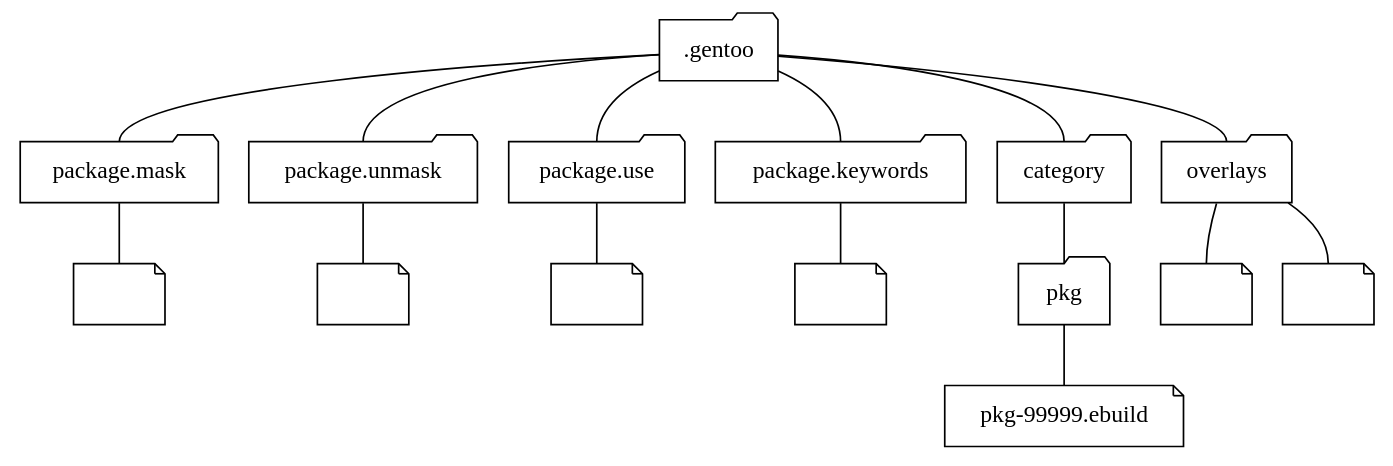
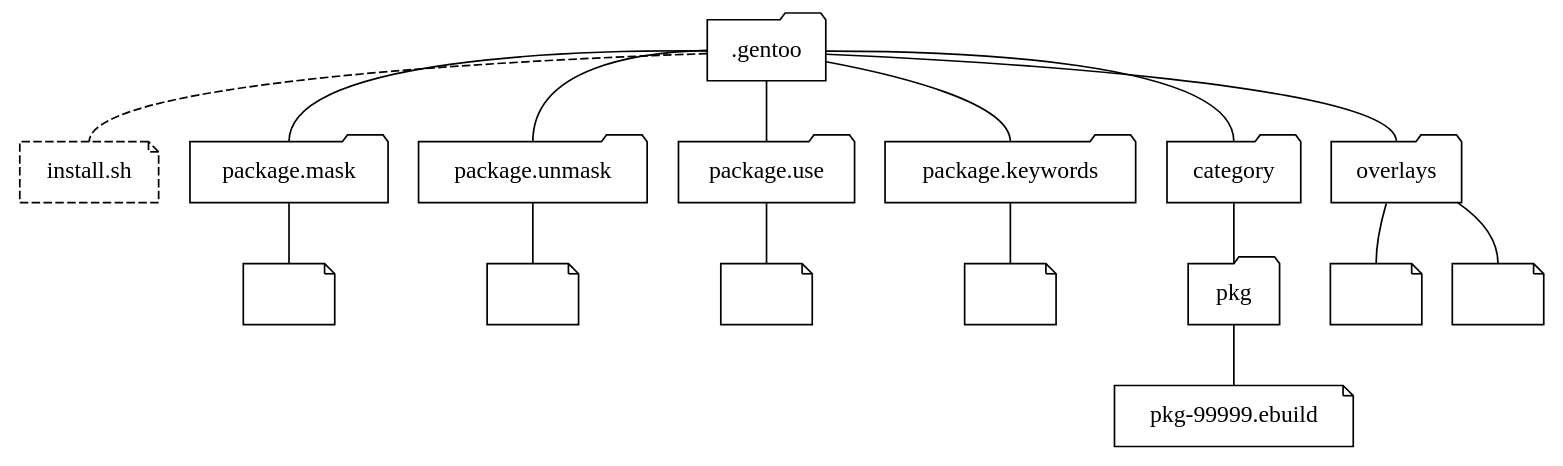
One commit to IBT-FMI/NeuroGentooProject changed the diagram in doc/graph/DotGentoo.dot. Above: the diagram before and after it, drawn with Graphviz. The commit also changed 4 other files, not shown here.

```diff
--- a/doc/graph/DotGentoo.dot
+++ b/doc/graph/DotGentoo.dot
@@ -1,35 +1,37 @@
 graph{
 	//splines=ortho; //Does not work with (compass-) ports
 	
 	node[shape="folder"];
 	dotgentoo[label=".gentoo"];
+	install[shape="note", label="install.sh", style="dashed"];
 	package_mask[label="package.mask"];
 	package_unmask[label="package.unmask"];
 	package_use[label="package.use"];
 	package_keywords[label="package.keywords"];
 	category;
 	overlays;
 	pkg;
 	node[shape="note",label=""]
 	file1;
 	file2;
 	file3;
 	file4;
 	file5;
 	file6;
 	ebuild[label="pkg-99999.ebuild"];
+	dotgentoo -- install:n[style="dashed"];
 	dotgentoo -- overlays:n;
 	overlays -- file5:n;
 	overlays -- file6:n;
 	dotgentoo -- package_mask:n;
 	dotgentoo -- package_keywords:n;
 	dotgentoo -- package_use:n;
 	dotgentoo -- package_unmask:n;
 	package_unmask -- file1;
 	package_use -- file2;
 	package_mask -- file3;
 	package_keywords -- file4;
 	dotgentoo -- category:n;
 	category -- pkg -- ebuild;
 	
 }
```
